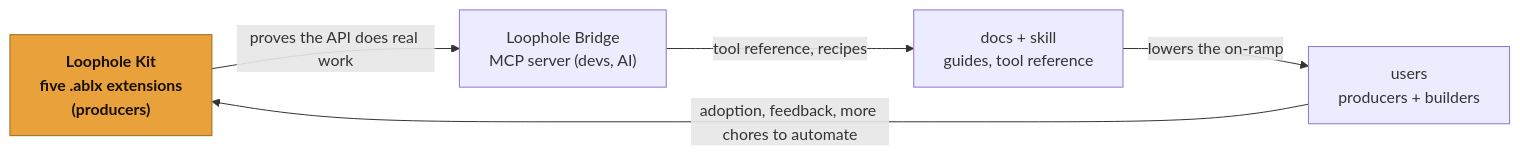
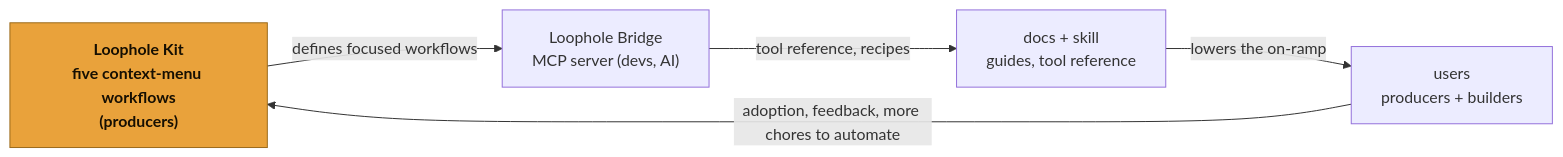
One commit to OthmanAdi/loophole changed the first of 2 diagrams in README.md. Above: the diagram before and after it, drawn with Mermaid. The commit also changed other lines of this file and 43 other files, not shown here.

````diff
--- a/README.md
+++ b/README.md
@@ -27,13 +26,13 @@
 ```mermaid
 flowchart LR
-    kit["Loophole Kit<br/>five .ablx extensions<br/>(producers)"]
+    kit["Loophole Kit<br/>five context-menu workflows<br/>(producers)"]
     bridge["Loophole Bridge<br/>MCP server (devs, AI)"]
     docs["docs + skill<br/>guides, tool reference"]
     users["users<br/>producers + builders"]
-    kit -- "proves the API does real work" --> bridge
+    kit -- "defines focused workflows" --> bridge
     bridge -- "tool reference, recipes" --> docs
     docs -- "lowers the on-ramp" --> users
     users -- "adoption, feedback, more chores to automate" --> kit
     classDef accent fill:#E9A23B,stroke:#9A6A1A,color:#160F02,font-weight:bold;
     class kit accent;
 ```
````
